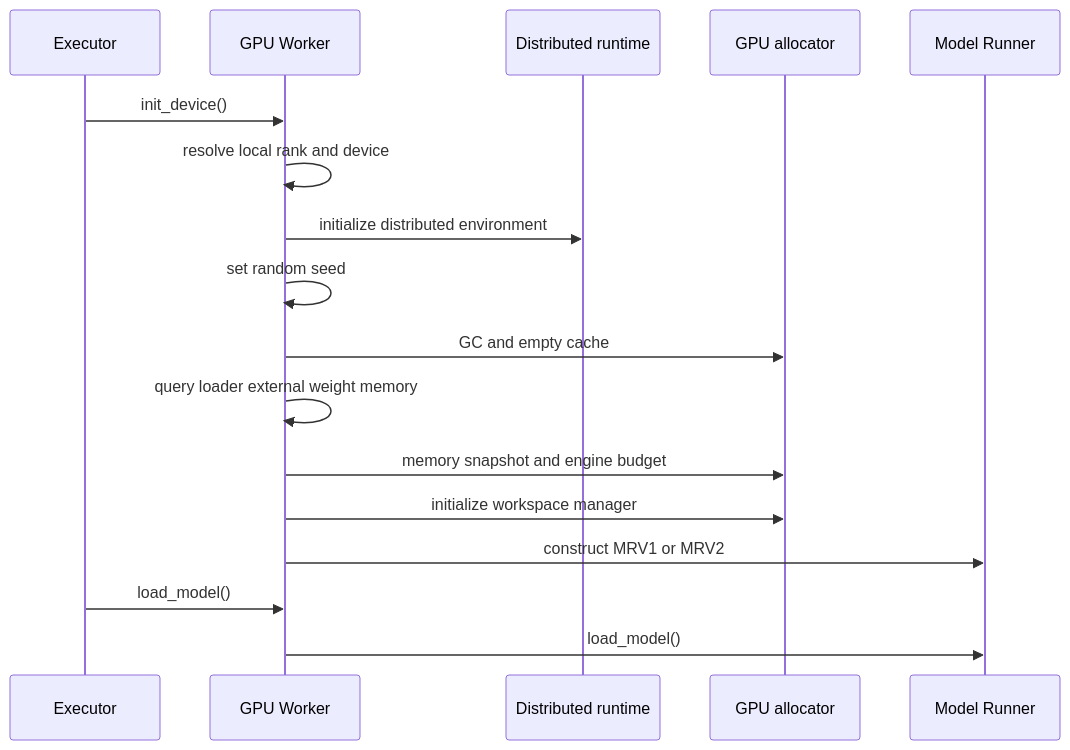
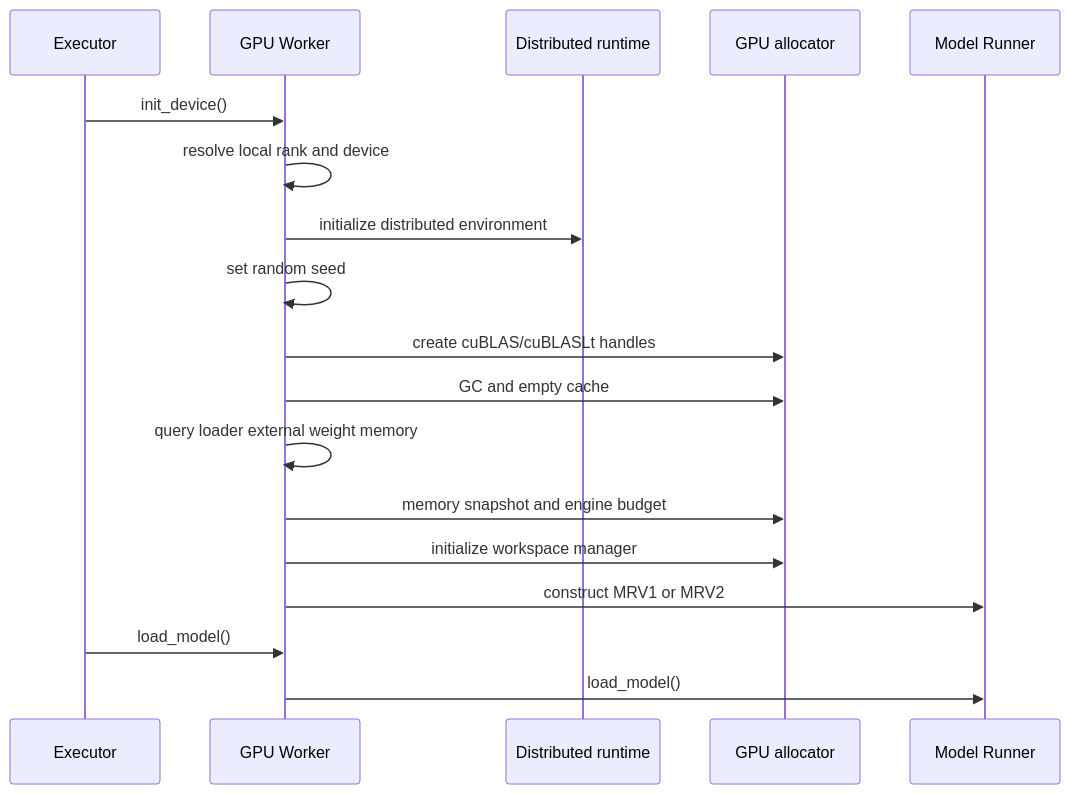
Diagram 12 of 43 in book/07-model-execution/README.md (cluster1900/vllm_reader), drawn with Mermaid before and after one commit. The commit also changed other lines of this file and 3 other files, not shown here.

````diff
--- a/book/07-model-execution/README.md
+++ b/book/07-model-execution/README.md
@@ -376,19 +460,20 @@
 ```mermaid
 sequenceDiagram
     participant E as Executor
     participant W as GPU Worker
     participant D as Distributed runtime
     participant G as GPU allocator
     participant R as Model Runner
     E->>W: init_device()
     W->>W: resolve local rank and device
     W->>D: initialize distributed environment
     W->>W: set random seed
+    W->>G: create cuBLAS/cuBLASLt handles
     W->>G: GC and empty cache
     W->>W: query loader external weight memory
     W->>G: memory snapshot and engine budget
     W->>G: initialize workspace manager
     W->>R: construct MRV1 or MRV2
     E->>W: load_model()
     W->>R: load_model()
 ```
````
